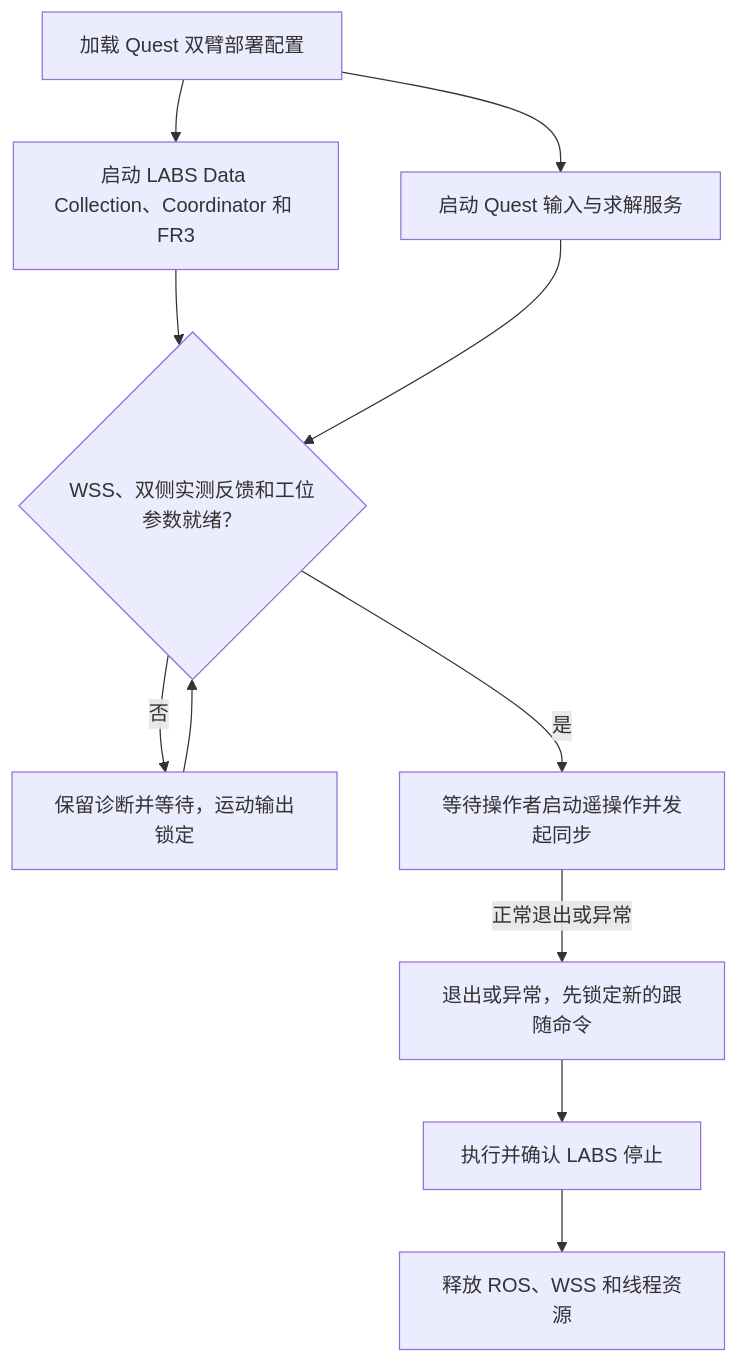
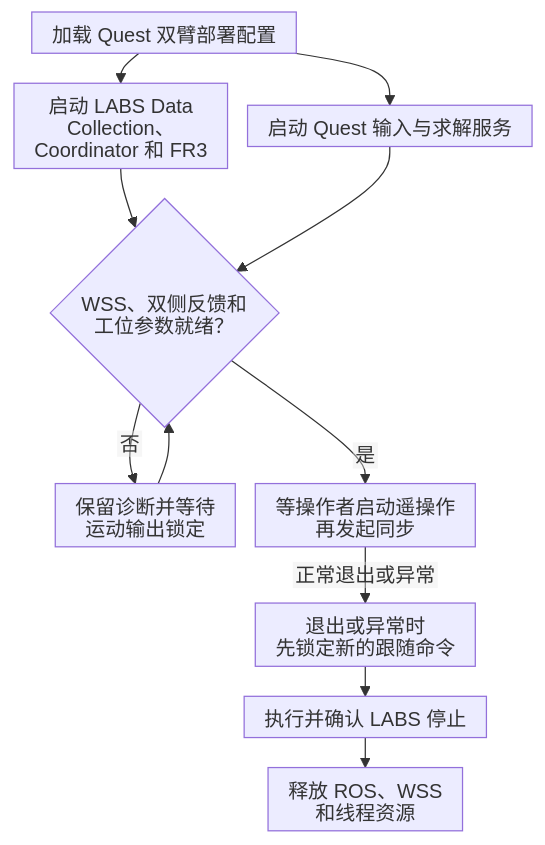
One commit to YYxzz8866/Quest-Proposal changed the diagram in 8、LABS接入.md. Above: the diagram before and after it, drawn with Mermaid. The commit also changed other lines of this file and 9 other files, not shown here.

````diff
--- a/8、LABS接入.md
+++ b/8、LABS接入.md
@@ -44,20 +42,21 @@
 ```mermaid
+%%{init: {"htmlLabels": false, "flowchart": {"htmlLabels": false, "useMaxWidth": true, "nodeSpacing": 16, "rankSpacing": 24, "padding": 8}}}%%
 flowchart TD
     Deploy["加载 Quest 双臂部署配置"]
-    Labs["启动 LABS Data Collection、Coordinator 和 FR3"]
+    Labs["启动 LABS Data Collection、<br/>Coordinator 和 FR3"]
     Quest["启动 Quest 输入与求解服务"]
-    Inputs{"WSS、双侧实测反馈和工位参数就绪？"}
-    Wait["保留诊断并等待，运动输出锁定"]
-    Ready["等待操作者启动遥操作并发起同步"]
-    Fault["退出或异常，先锁定新的跟随命令"]
+    Inputs{"WSS、双侧反馈和<br/>工位参数就绪？"}
+    Wait["保留诊断并等待<br/>运动输出锁定"]
+    Ready["等操作者启动遥操作<br/>再发起同步"]
+    Fault["退出或异常时<br/>先锁定新的跟随命令"]
     Stop["执行并确认 LABS 停止"]
     Cleanup["释放 ROS、WSS 和线程资源"]
 
     Deploy --> Labs
     Deploy --> Quest
     Labs --> Inputs
     Quest --> Inputs
     Inputs -->|否| Wait --> Inputs
     Inputs -->|是| Ready
     Ready -->|正常退出或异常| Fault --> Stop --> Cleanup
 ```
````
